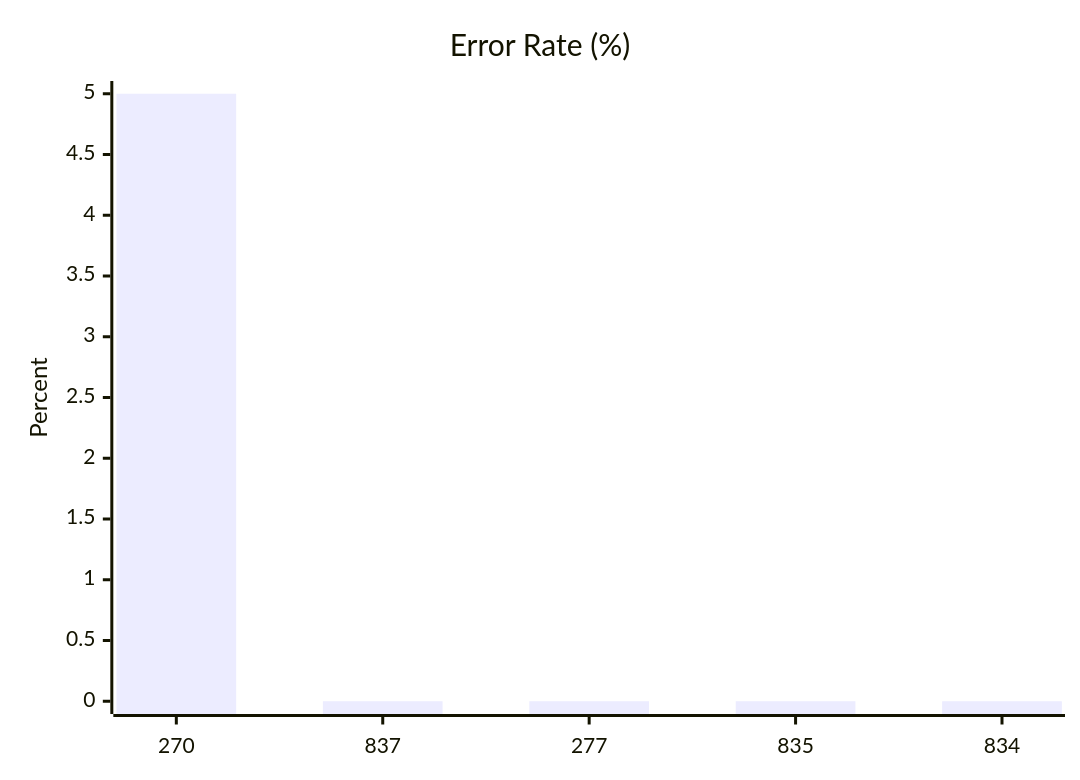
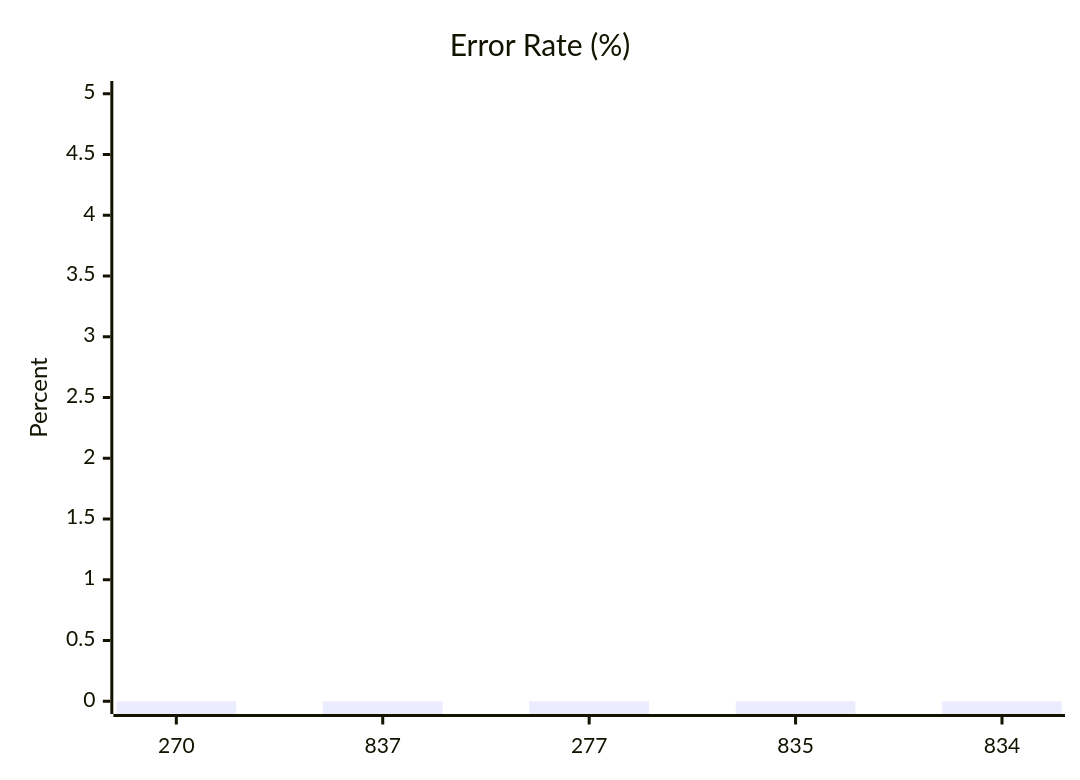
Before and after one commit to dhagan-va/intern-2025: the fourth of 10 diagrams in test-tools/DataGen/src/Statistics_Visualizer.md, drawn with Mermaid. The commit also changed other lines of this file and 6 other files, not shown here.

````diff
--- a/test-tools/DataGen/src/Statistics_Visualizer.md
+++ b/test-tools/DataGen/src/Statistics_Visualizer.md
@@ -50,7 +50,7 @@
 ```mermaid
 xychart-beta
     title "Error Rate (%)"
     x-axis ["270", "837", "277", "835", "834"]
     y-axis "Percent" 0 --> 5
-    bar [5.0, 0, 0, 0, 0]
+    bar [0.0, 0, 0, 0, 0]
 ```
````
